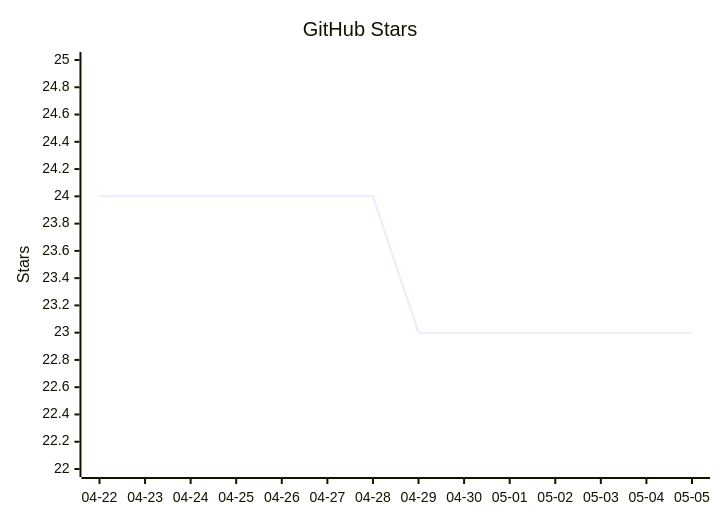
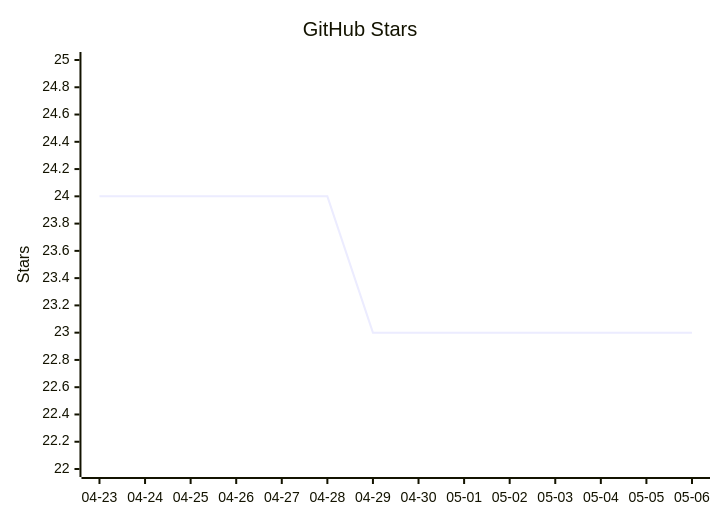
Before and after one commit to vectie/moonclaw: the diagram in README.mbt.md, drawn with Mermaid. The commit also changed other lines of this file and 1 other file, not shown here.

Commit message:
Update README star growth

````diff
--- a/README.mbt.md
+++ b/README.mbt.md
@@ -489,7 +489,7 @@
 ```mermaid
 xychart-beta
     title "GitHub Stars"
-    x-axis ["04-22","04-23","04-24","04-25","04-26","04-27","04-28","04-29","04-30","05-01","05-02","05-03","05-04","05-05"]
+    x-axis ["04-23","04-24","04-25","04-26","04-27","04-28","04-29","04-30","05-01","05-02","05-03","05-04","05-05","05-06"]
     y-axis "Stars" 22 --> 25
-    line [24,24,24,24,24,24,24,23,23,23,23,23,23,23]
+    line [24,24,24,24,24,24,23,23,23,23,23,23,23,23]
 ```
````
